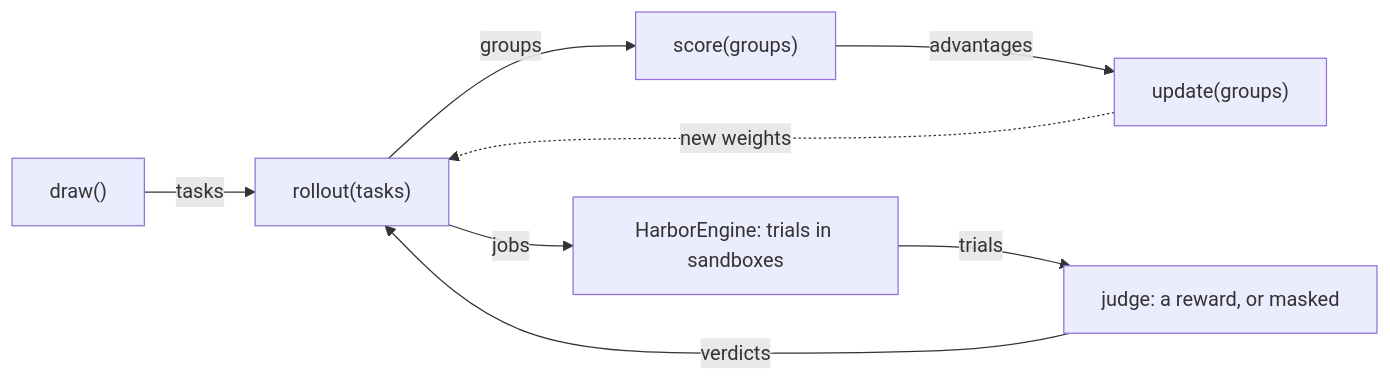
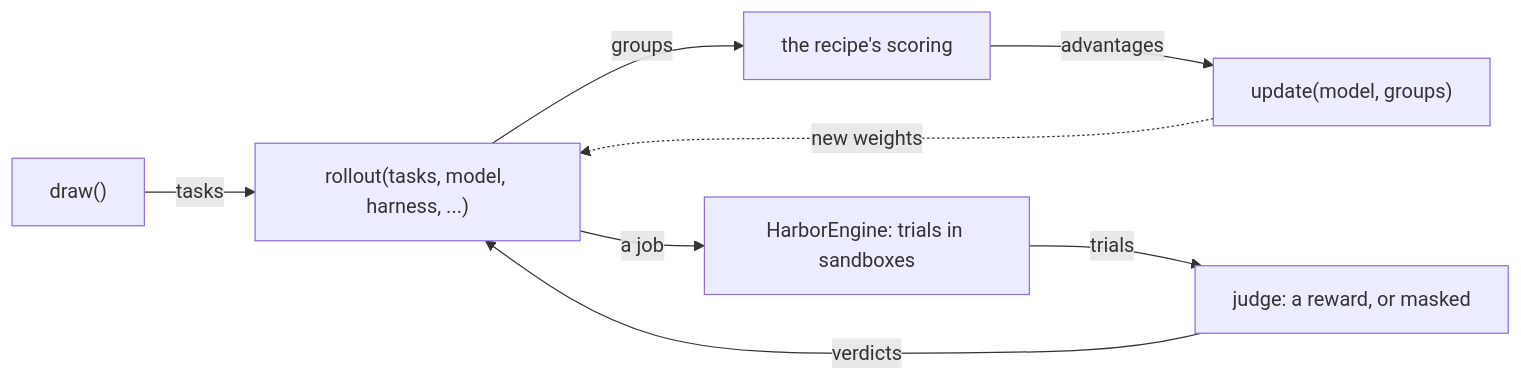
The diagram in src/shipyard/jobs/README.md (ghidav/shipyard), drawn with Mermaid before and after one commit. The commit also changed other lines of this file and 111 other files, not shown here.

First line of the commit message:
Task hooks, Together sandboxes, dry runs, a GRPO recipe, and a proxy that tokenizes once per trial

````diff
--- a/src/shipyard/jobs/README.md
+++ b/src/shipyard/jobs/README.md
@@ -5,10 +5,10 @@
 ```mermaid
 flowchart LR
-    draw["draw()"] -->|tasks| rollout["rollout(tasks)"]
-    rollout -->|groups| score["score(groups)"]
-    score -->|advantages| update["update(groups)"]
+    draw["draw()"] -->|tasks| rollout["rollout(tasks, model, harness, ...)"]
+    rollout -->|groups| score["the recipe's scoring"]
+    score -->|advantages| update["update(model, groups)"]
     update -.->|new weights| rollout
-    rollout -->|jobs| engine["HarborEngine: trials in sandboxes"]
+    rollout -->|a job| engine["HarborEngine: trials in sandboxes"]
     engine -->|trials| judge["judge: a reward, or masked"]
     judge -->|verdicts| rollout
 ```
````
